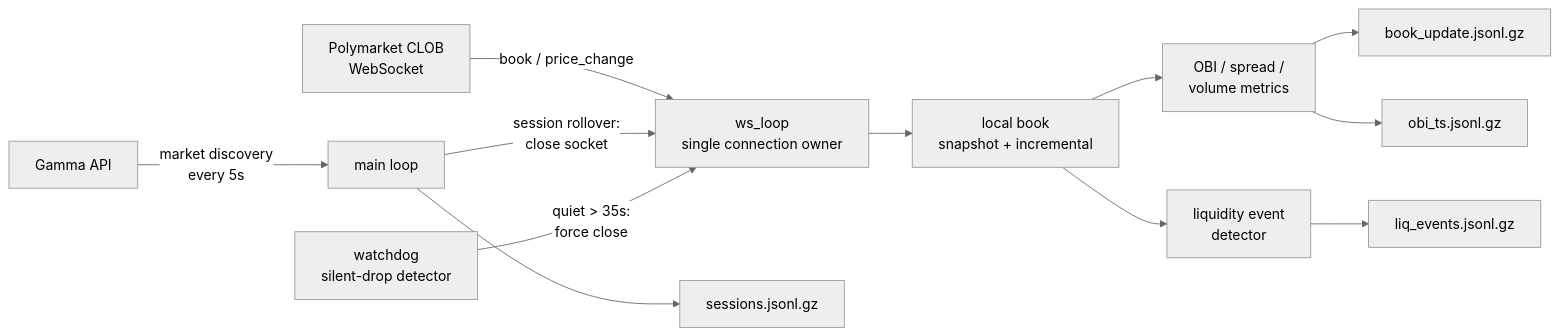
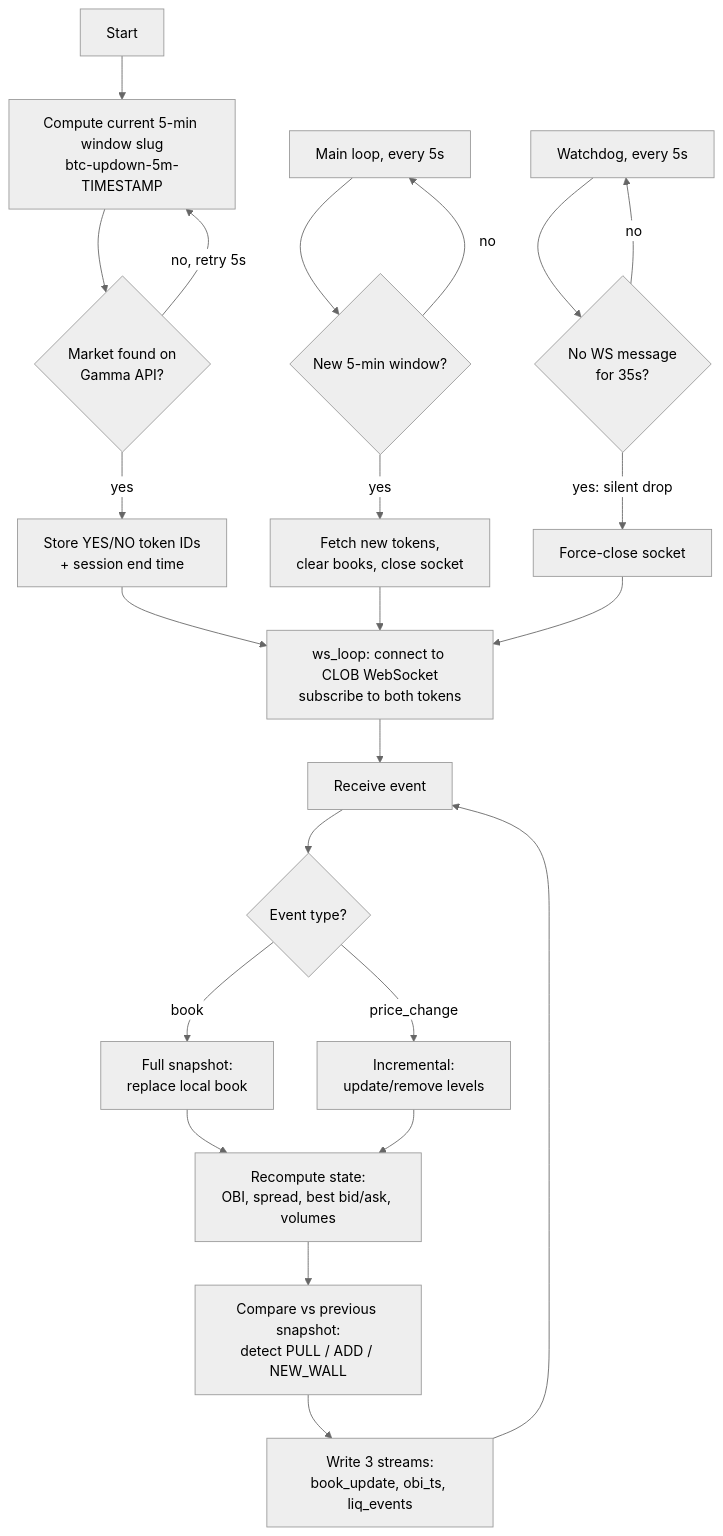
One commit to nugrohosetiaji91-png/bookscope changed the diagram in README.md. Above: the diagram before and after it, drawn with Mermaid (neutral theme). The commit also changed other lines of this file, not shown here.

Commit message:
docs: add end-to-end workflow diagram

````diff
--- a/README.md
+++ b/README.md
@@ -7,14 +7,27 @@
 ```mermaid
-flowchart LR
-    PM[Polymarket CLOB<br/>WebSocket] -->|book / price_change| WS[ws_loop<br/>single connection owner]
-    GA[Gamma API] -->|market discovery<br/>every 5s| MAIN[main loop]
-    MAIN -->|session rollover:<br/>close socket| WS
-    WD[watchdog<br/>silent-drop detector] -->|quiet > 35s:<br/>force close| WS
-    WS --> BOOK[local book<br/>snapshot + incremental]
-    BOOK --> OBI[OBI / spread /<br/>volume metrics]
-    BOOK --> LIQ[liquidity event<br/>detector]
-    OBI --> W1[book_update.jsonl.gz]
-    OBI --> W2[obi_ts.jsonl.gz]
-    LIQ --> W3[liq_events.jsonl.gz]
-    MAIN --> W4[sessions.jsonl.gz]
+flowchart TD
+    A[Start] --> B[Compute current 5-min window slug<br/>btc-updown-5m-TIMESTAMP]
+    B --> C{Market found on<br/>Gamma API?}
+    C -->|no, retry 5s| B
+    C -->|yes| D[Store YES/NO token IDs<br/>+ session end time]
+    D --> E[ws_loop: connect to CLOB WebSocket<br/>subscribe to both tokens]
+    E --> F[Receive event]
+    F --> G{Event type?}
+    G -->|book| H[Full snapshot:<br/>replace local book]
+    G -->|price_change| I[Incremental:<br/>update/remove levels]
+    H --> J[Recompute state:<br/>OBI, spread, best bid/ask, volumes]
+    I --> J
+    J --> K[Compare vs previous snapshot:<br/>detect PULL / ADD / NEW_WALL]
+    K --> L[Write 3 streams:<br/>book_update, obi_ts, liq_events]
+    L --> F
+
+    M[Main loop, every 5s] --> N{New 5-min window?}
+    N -->|yes| O[Fetch new tokens,<br/>clear books, close socket]
+    O --> E
+    N -->|no| M
+
+    P[Watchdog, every 5s] --> Q{No WS message<br/>for 35s?}
+    Q -->|yes: silent drop| R[Force-close socket]
+    R --> E
+    Q -->|no| P
 ```
````
